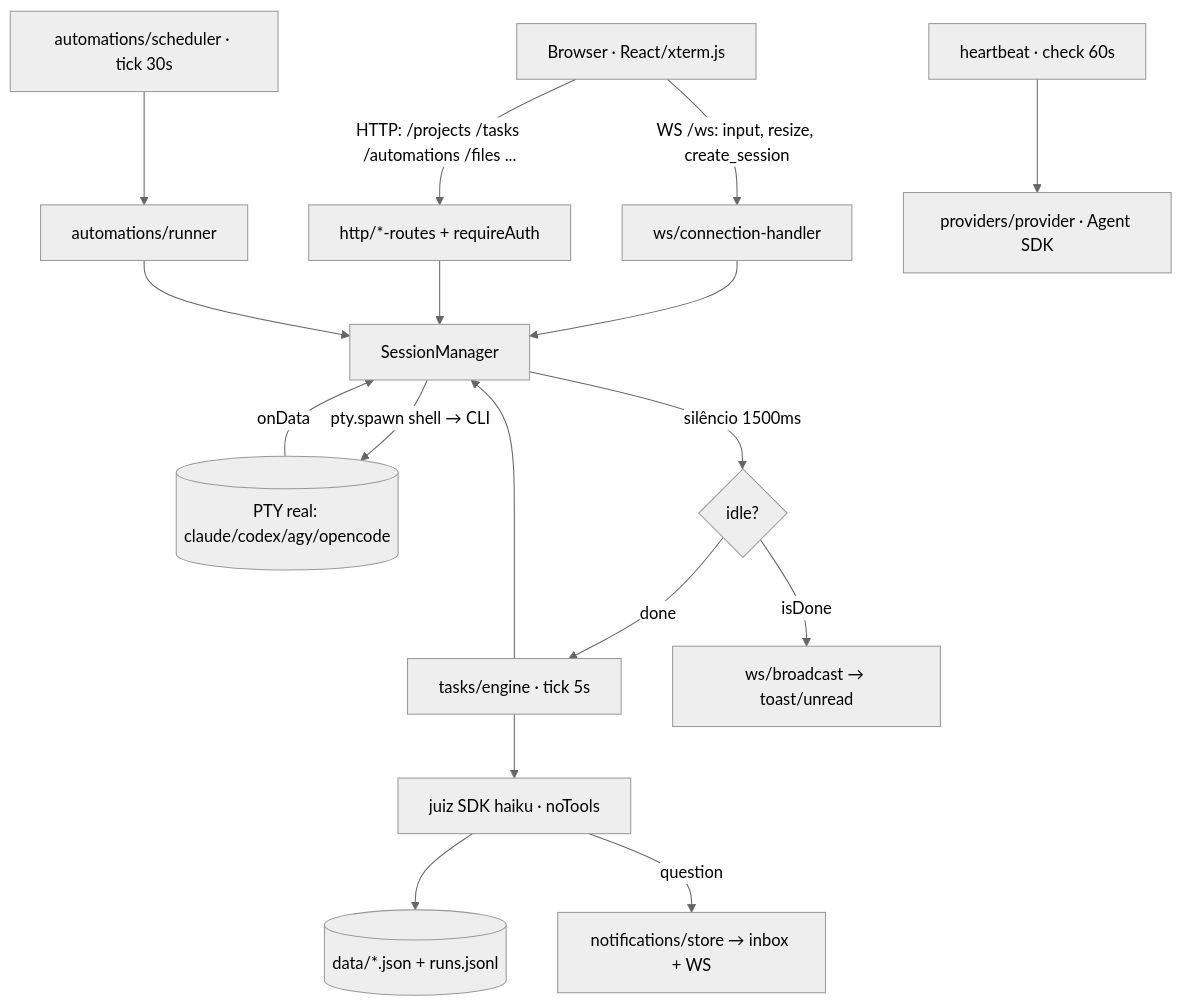
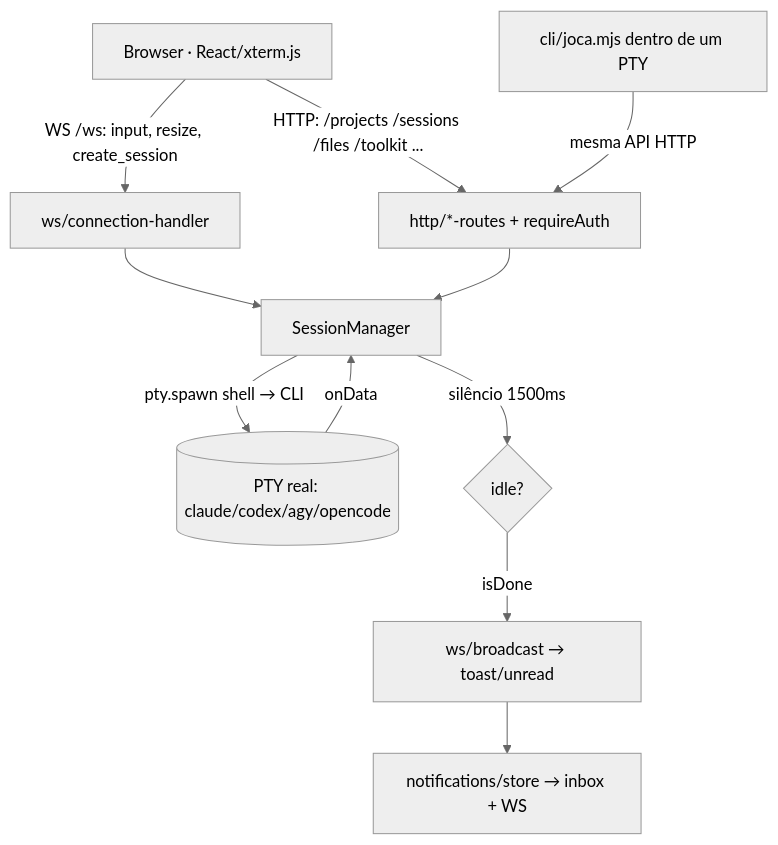
The diagram in docs/ARQUITECTURA.md (MirrasPT/JOCA), drawn with Mermaid (neutral theme) before and after one commit. The commit also changed other lines of this file and 6 other files, not shown here.

````diff
--- a/docs/ARQUITECTURA.md
+++ b/docs/ARQUITECTURA.md
@@ -51,19 +51,13 @@
 ```mermaid
 flowchart TD
   B[Browser · React/xterm.js] -->|WS /ws: input, resize, create_session| WS[ws/connection-handler]
-  B -->|HTTP: /projects /tasks /automations /files ...| HTTP[http/*-routes + requireAuth]
+  B -->|HTTP: /projects /sessions /files /toolkit ...| HTTP[http/*-routes + requireAuth]
   WS --> SM[SessionManager]
   HTTP --> SM
-  SCH[automations/scheduler · tick 30s] --> RUN[automations/runner]
-  ENG[tasks/engine · tick 5s] --> SM
-  HB[heartbeat · check 60s] --> P[providers/provider · Agent SDK]
-  RUN --> SM
+  AG[cli/joca.mjs dentro de um PTY] -->|mesma API HTTP| HTTP
   SM -->|pty.spawn shell → CLI| PTY[(PTY real: claude/codex/agy/opencode)]
   PTY -->|onData| SM
   SM -->|silêncio 1500ms| IDLE{idle?}
   IDLE -->|isDone| BC[ws/broadcast → toast/unread]
-  IDLE -->|done| ENG
-  ENG --> J[juiz SDK haiku · noTools]
-  J --> ST[(data/*.json + runs.jsonl)]
-  J -->|question| NOTIF[notifications/store → inbox + WS]
+  BC --> NOTIF[notifications/store → inbox + WS]
 ```
````
